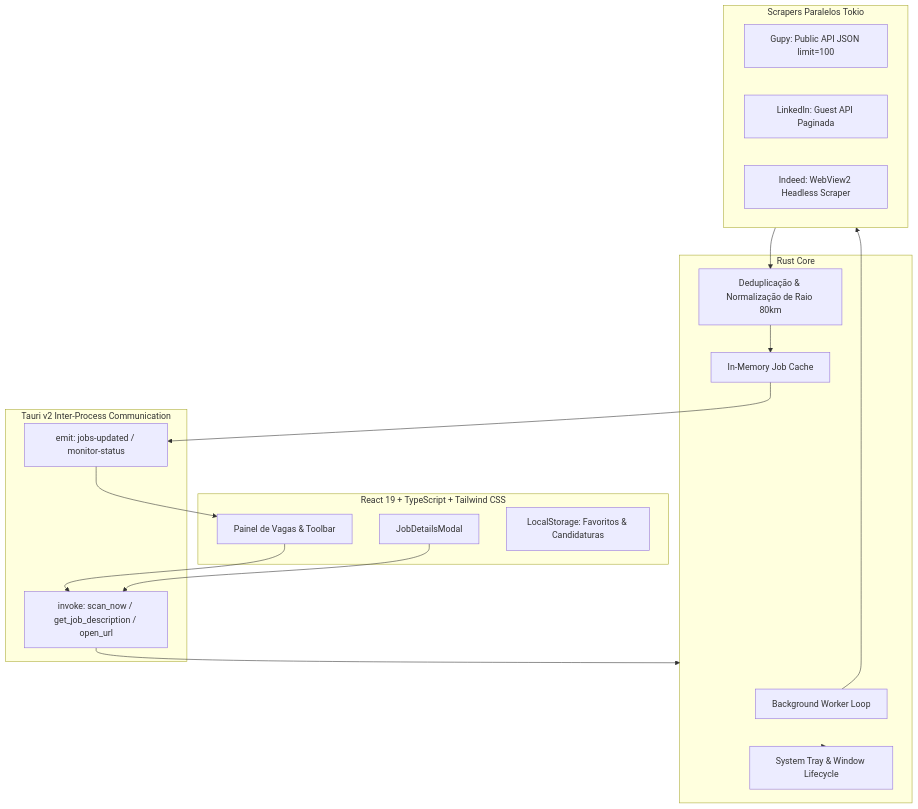
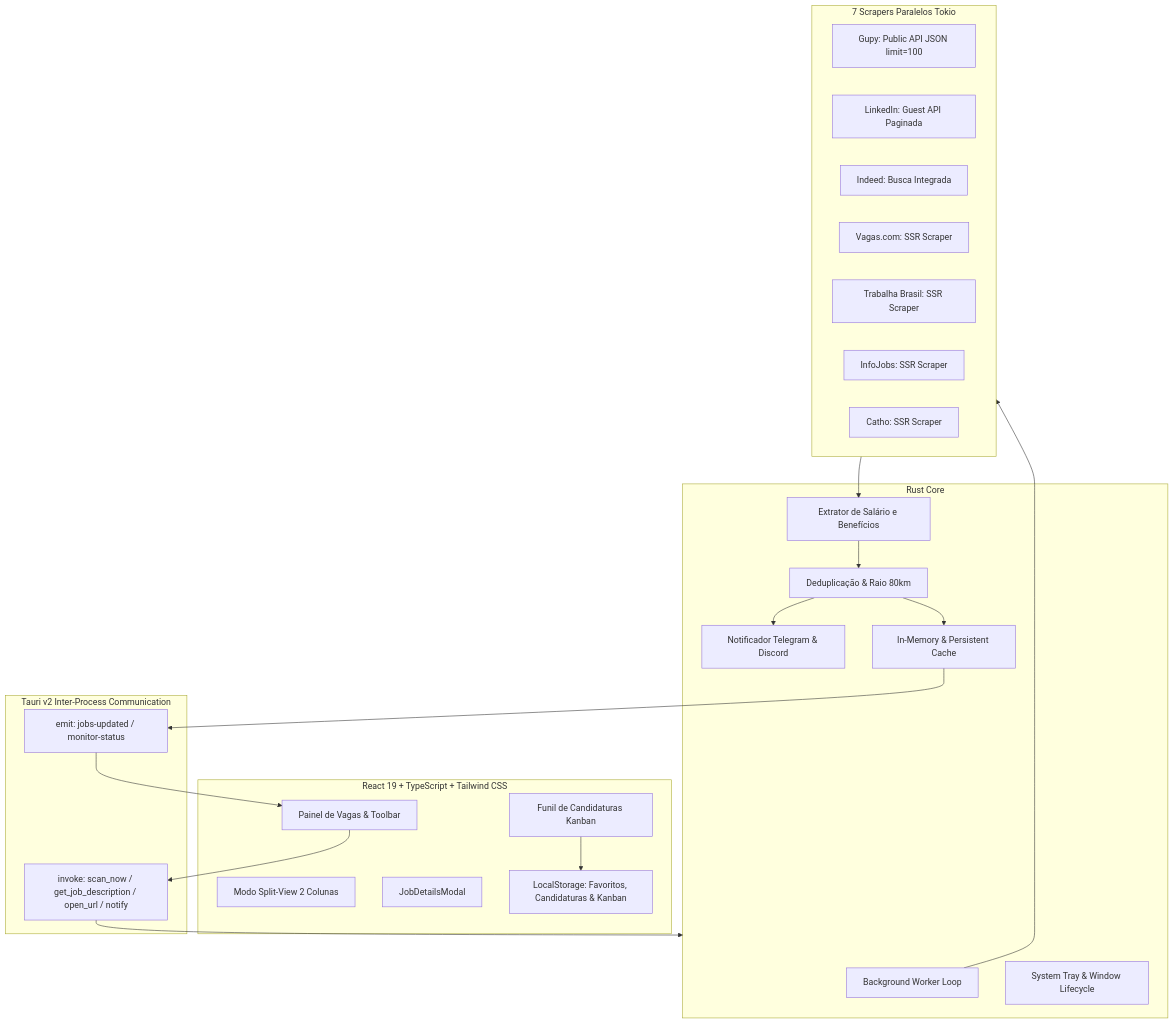
Before and after one commit to mssmateusdev/vagafounder-app: the diagram in README.md, drawn with Mermaid. The commit also changed other lines of this file and 14 other files, not shown here.

Commit message:
feat(v1.1.0): Funil de Candidaturas (Kanban), Notificações Externas (Telegram e Discord), 4 novas plataformas nacionais, extrator de salários/benefícios, Dark Mode e Split-View

````diff
--- a/README.md
+++ b/README.md
@@ -80,36 +92,45 @@
 ```mermaid
 graph TD
     subgraph Frontend [React 19 + TypeScript + Tailwind CSS]
         UI[Painel de Vagas & Toolbar]
+        Kanban[Funil de Candidaturas Kanban]
+        Split[Modo Split-View 2 Colunas]
         Modal[JobDetailsModal]
-        Storage[LocalStorage: Favoritos & Candidaturas]
+        Storage[LocalStorage: Favoritos, Candidaturas & Kanban]
     end
 
     subgraph IPC [Tauri v2 Inter-Process Communication]
-        Cmds[invoke: scan_now / get_job_description / open_url]
+        Cmds[invoke: scan_now / get_job_description / open_url / notify]
         Events[emit: jobs-updated / monitor-status]
     end
 
     subgraph Backend [Rust Core]
         Worker[Background Worker Loop]
         Tray[System Tray & Window Lifecycle]
-        Dedupe[Deduplicação & Normalização de Raio 80km]
-        Cache[In-Memory Job Cache]
+        Dedupe[Deduplicação & Raio 80km]
+        SalaryParser[Extrator de Salário e Benefícios]
+        ExtNotify[Notificador Telegram & Discord]
+        Cache[In-Memory & Persistent Cache]
     end
 
-    subgraph Scrapers [Scrapers Paralelos Tokio]
+    subgraph Scrapers [7 Scrapers Paralelos Tokio]
         GupyAPI[Gupy: Public API JSON limit=100]
         LinkedInAPI[LinkedIn: Guest API Paginada]
-        IndeedWeb[Indeed: WebView2 Headless Scraper]
+        IndeedWeb[Indeed: Busca Integrada]
+        VagasWeb[Vagas.com: SSR Scraper]
+        TrabWeb[Trabalha Brasil: SSR Scraper]
+        InfoWeb[InfoJobs: SSR Scraper]
+        CathoWeb[Catho: SSR Scraper]
     end
 
     UI --> Cmds
+    Kanban --> Storage
     Cmds --> Backend
     Worker --> Scrapers
-    Scrapers --> Dedupe
+    Scrapers --> SalaryParser
+    SalaryParser --> Dedupe
     Dedupe --> Cache
+    Dedupe --> ExtNotify
     Cache --> Events
     Events --> UI
-    Modal --> Cmds
-    Backend --> Tray
 ```
````
